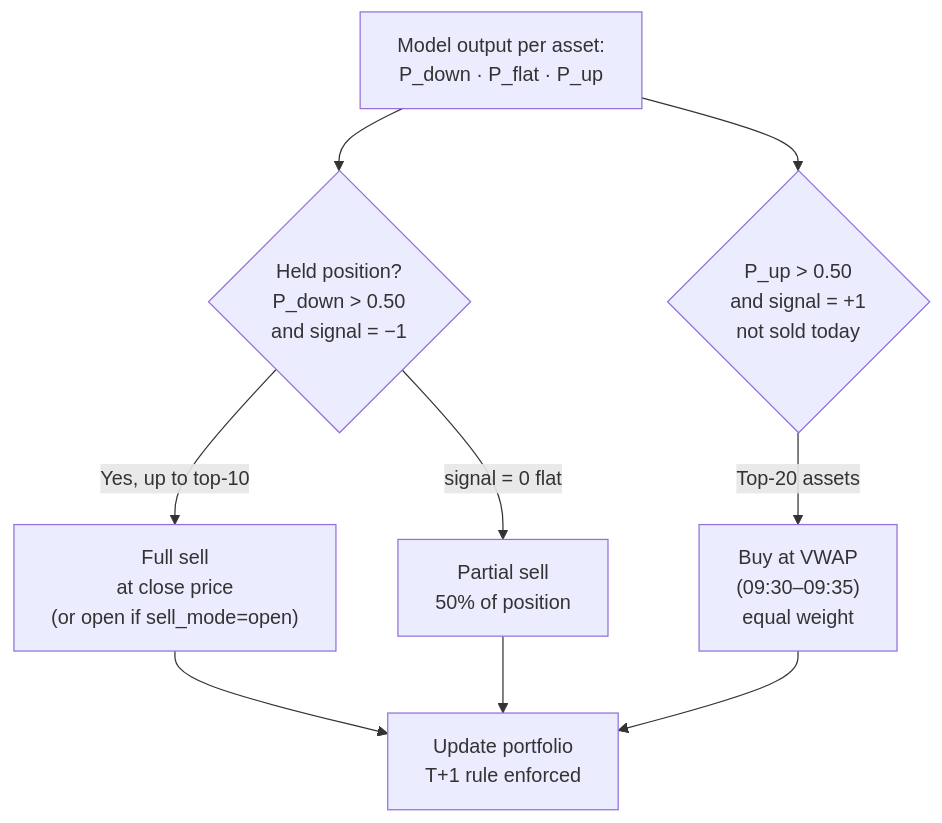
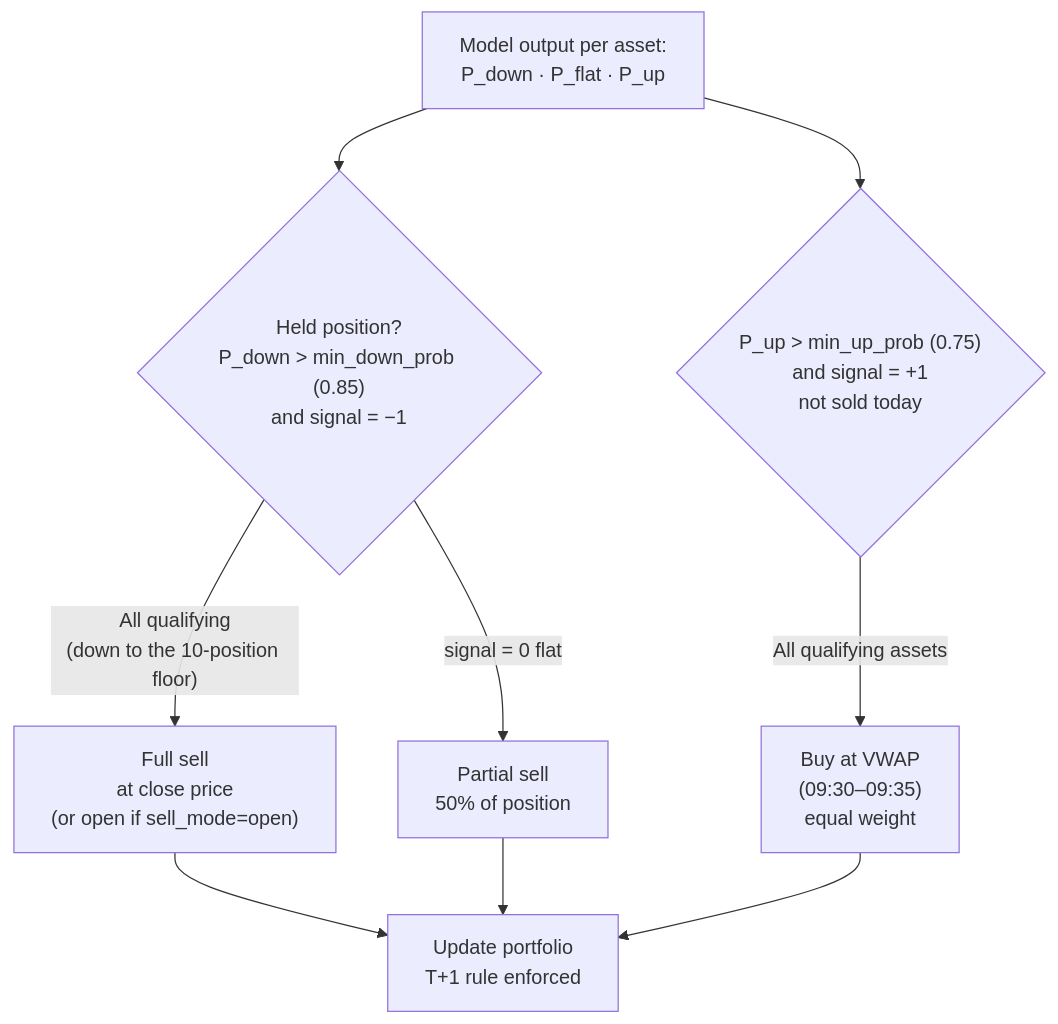
The fifth of 6 diagrams in README.md (ArshiAbolghasemi/Shifu), drawn with Mermaid before and after one commit. The commit also changed other lines of this file, not shown here.

````diff
--- a/README.md
+++ b/README.md
@@ -246,13 +248,13 @@
 ```mermaid
 flowchart TD
     SIG["Model output per asset:\nP_down · P_flat · P_up"]
 
-    SIG --> SELL_CHECK{"Held position?\nP_down > 0.50\nand signal = −1"}
-    SELL_CHECK -->|Yes, up to top-10| FULL_SELL["Full sell\nat close price\n(or open if sell_mode=open)"]
+    SIG --> SELL_CHECK{"Held position?\nP_down > min_down_prob (0.85)\nand signal = −1"}
+    SELL_CHECK -->|"All qualifying\n(down to the 10-position floor)"| FULL_SELL["Full sell\nat close price\n(or open if sell_mode=open)"]
     SELL_CHECK -->|signal = 0 flat| PART_SELL["Partial sell\n50% of position"]
 
-    SIG --> BUY_CHECK{"P_up > 0.50\nand signal = +1\nnot sold today"}
-    BUY_CHECK -->|Top-20 assets| BUY["Buy at VWAP\n(09:30–09:35)\nequal weight"]
+    SIG --> BUY_CHECK{"P_up > min_up_prob (0.75)\nand signal = +1\nnot sold today"}
+    BUY_CHECK -->|"All qualifying assets"| BUY["Buy at VWAP\n(09:30–09:35)\nequal weight"]
 
     FULL_SELL & PART_SELL & BUY --> PORT["Update portfolio\nT+1 rule enforced"]
 ```
````
